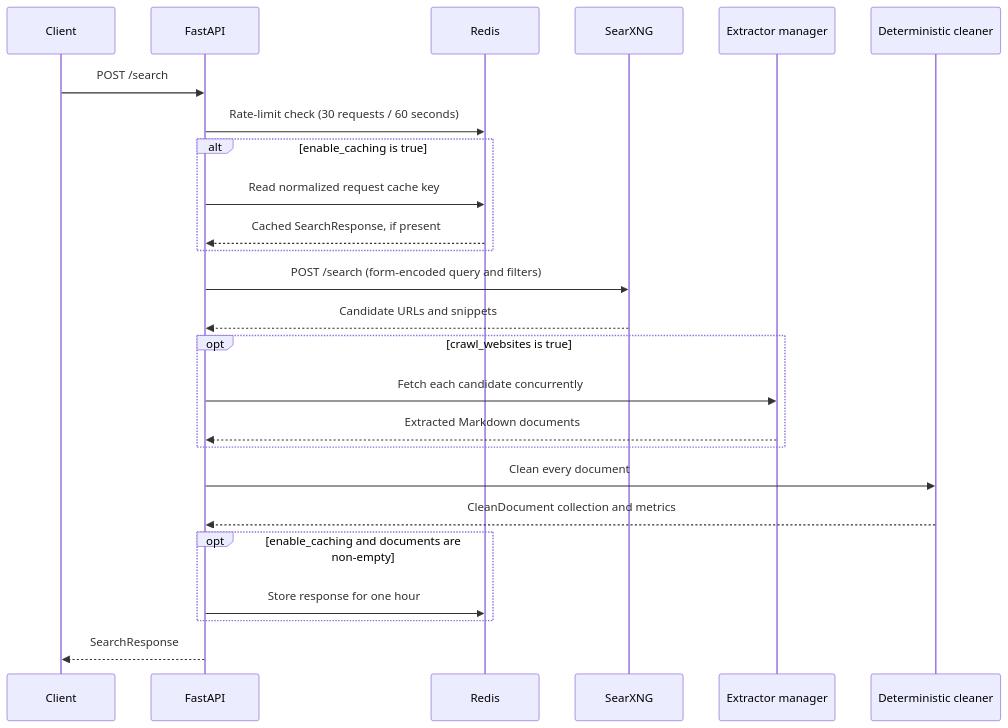
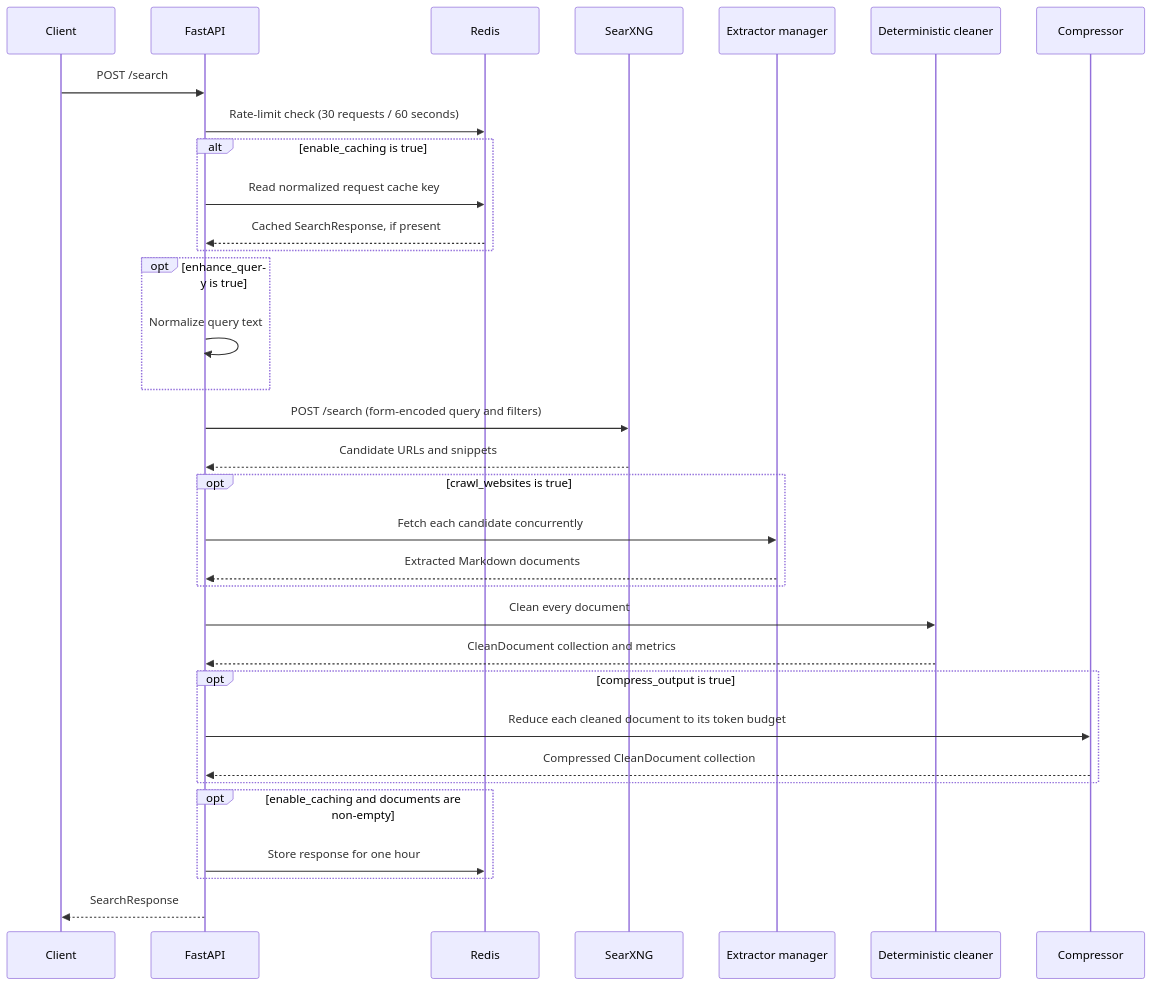
One commit to RHarish1/quarry changed the diagram in docs/request-flow.md. Above: the diagram before and after it, drawn with Mermaid. The commit also changed other lines of this file and 12 other files, not shown here.

````diff
--- a/docs/request-flow.md
+++ b/docs/request-flow.md
@@ -7,28 +7,36 @@
 ```mermaid
 sequenceDiagram
   participant C as Client
   participant A as FastAPI
   participant R as Redis
   participant S as SearXNG
   participant X as Extractor manager
   participant D as Deterministic cleaner
+  participant P as Compressor
 
   C->>A: POST /search
   A->>R: Rate-limit check (30 requests / 60 seconds)
   alt enable_caching is true
     A->>R: Read normalized request cache key
     R-->>A: Cached SearchResponse, if present
+  end
+  opt enhance_query is true
+    A->>A: Normalize query text
   end
   A->>S: POST /search (form-encoded query and filters)
   S-->>A: Candidate URLs and snippets
   opt crawl_websites is true
     A->>X: Fetch each candidate concurrently
     X-->>A: Extracted Markdown documents
   end
   A->>D: Clean every document
   D-->>A: CleanDocument collection and metrics
+  opt compress_output is true
+    A->>P: Reduce each cleaned document to its token budget
+    P-->>A: Compressed CleanDocument collection
+  end
   opt enable_caching and documents are non-empty
     A->>R: Store response for one hour
   end
   A-->>C: SearchResponse
 ```
````
